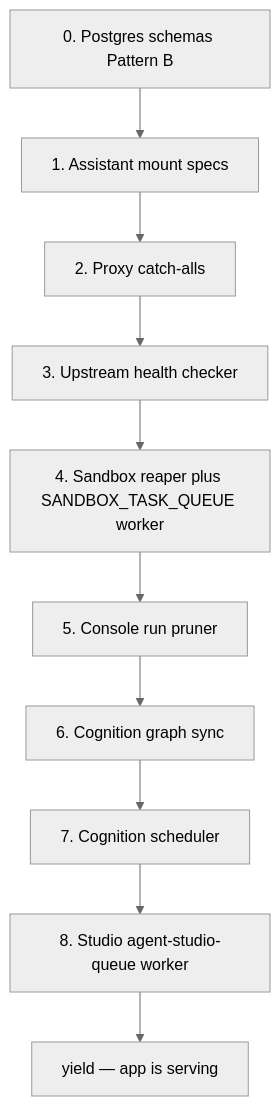
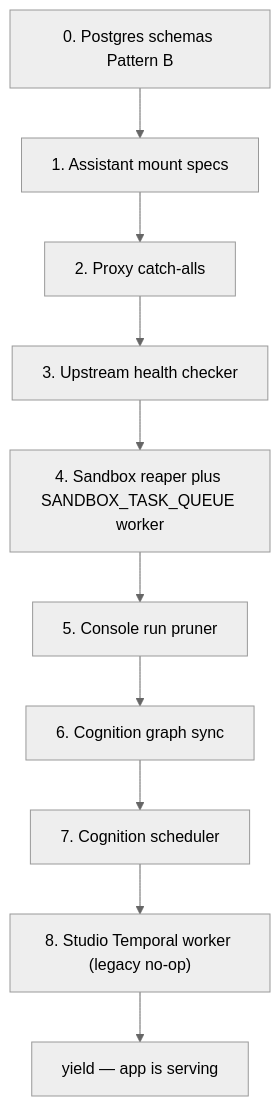
One commit to brandonkindred/Khala-Agentic-AI-Teams changed the diagram in docs/UNIFIED_API_LIFESPAN.md. Above: the diagram before and after it, drawn with Mermaid (neutral theme). The commit also changed other lines of this file and 2 other files, not shown here.

First line of the commit message:
docs: name direct dispatch as the supported Agent Studio authoring path

````diff
--- a/docs/UNIFIED_API_LIFESPAN.md
+++ b/docs/UNIFIED_API_LIFESPAN.md
@@ -57,14 +57,14 @@
 ```mermaid
 flowchart TB
     S0["0. Postgres schemas Pattern B"]
     S1["1. Assistant mount specs"]
     S2["2. Proxy catch-alls"]
     S3["3. Upstream health checker"]
     S4["4. Sandbox reaper plus SANDBOX_TASK_QUEUE worker"]
     S5["5. Console run pruner"]
     S6["6. Cognition graph sync"]
     S7["7. Cognition scheduler"]
-    S8["8. Studio agent-studio-queue worker"]
+    S8["8. Studio Temporal worker (legacy no-op)"]
     S0 --> S1 --> S2 --> S3 --> S4 --> S5 --> S6 --> S7 --> S8
     S8 --> Yield["yield — app is serving"]
 ```
````
